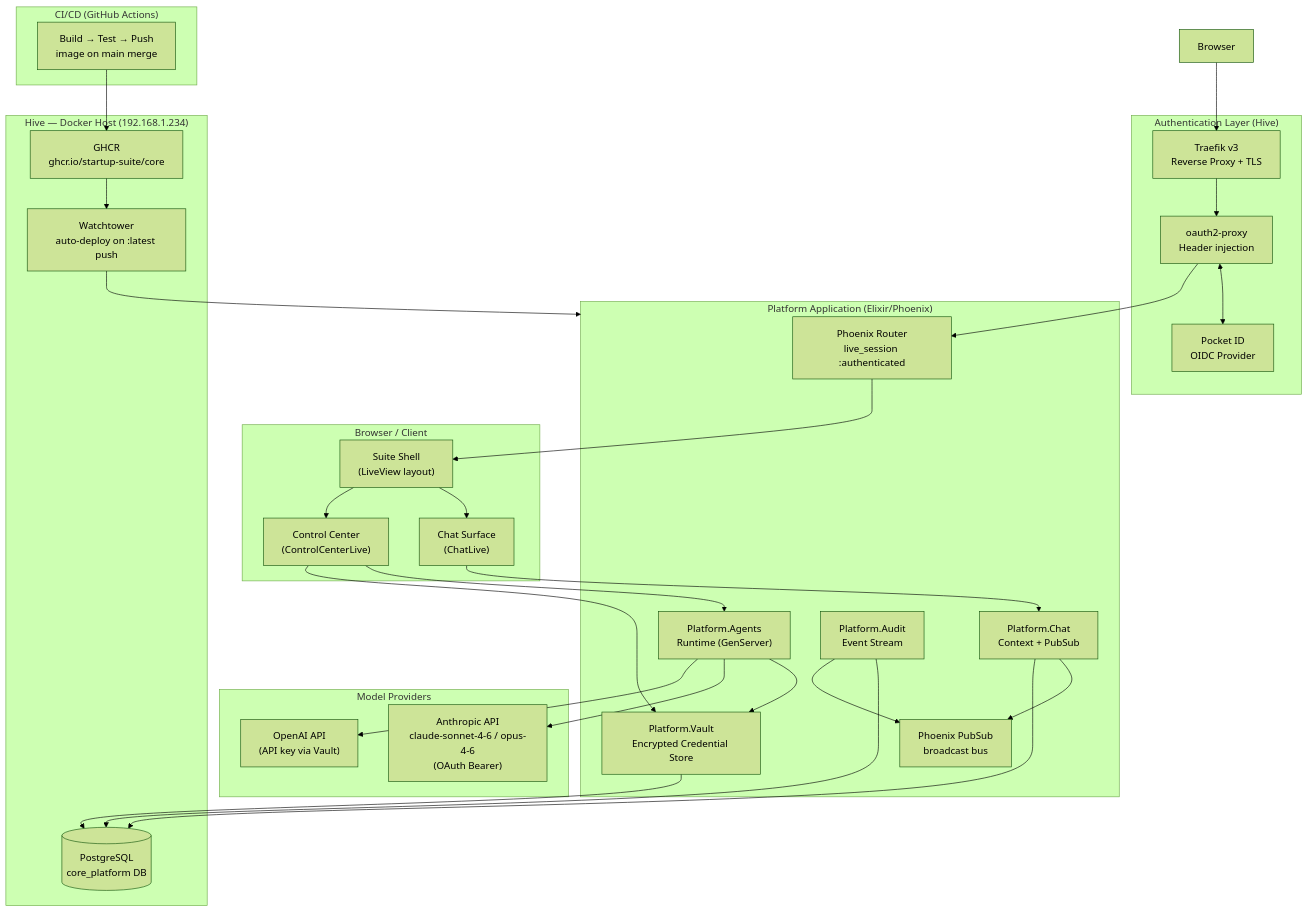
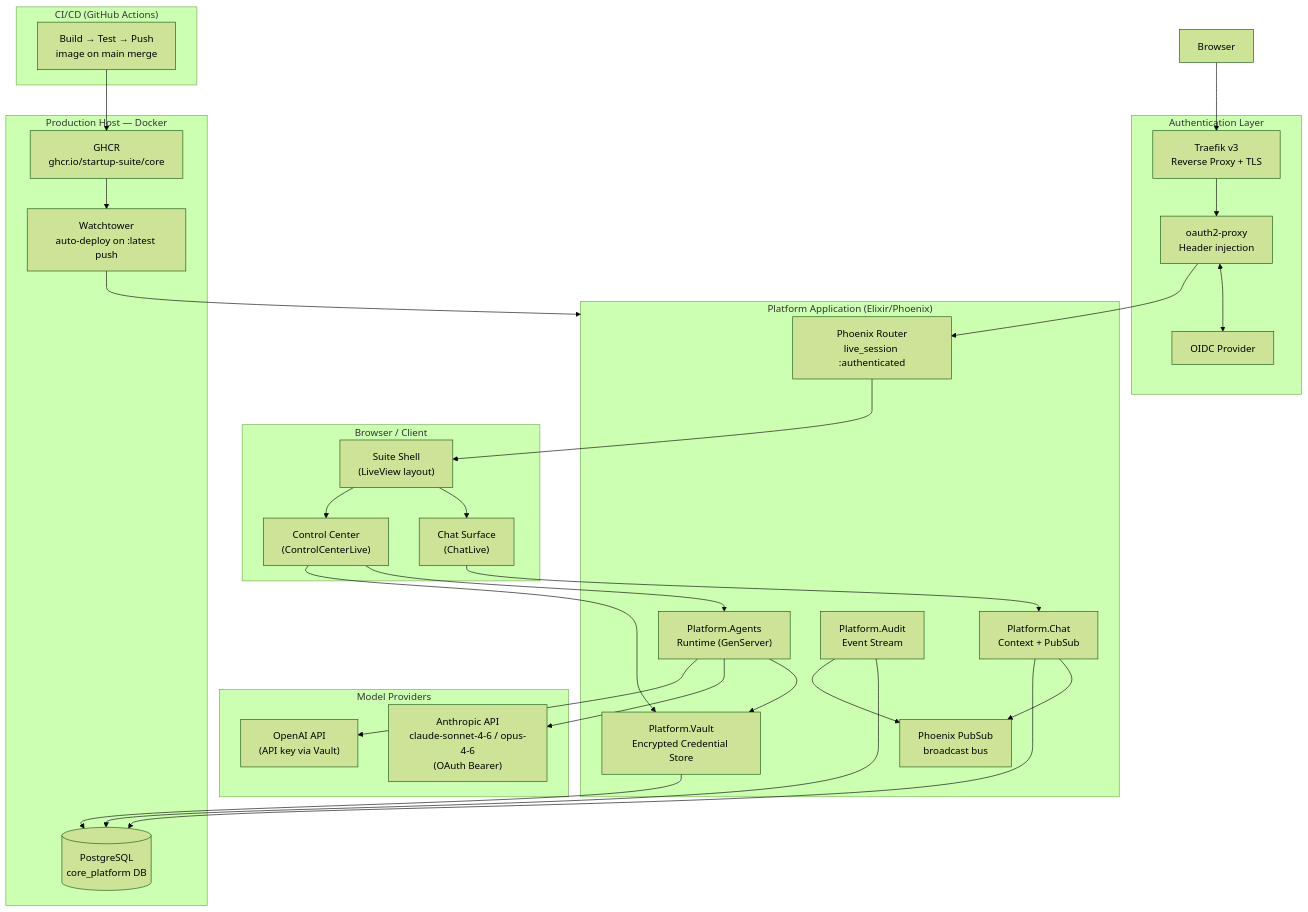
Before and after one commit to Startup-Suite/core: the diagram in docs/architecture/01-system-overview.md, drawn with Mermaid (forest theme). The commit also changed 20 other files, not shown here.

````diff
--- a/docs/architecture/01-system-overview.md
+++ b/docs/architecture/01-system-overview.md
@@ -5,57 +5,57 @@
 ```mermaid
 graph TB
   subgraph Client["Browser / Client"]
     Shell["Suite Shell<br/>(LiveView layout)"]
     Chat["Chat Surface<br/>(ChatLive)"]
     Control["Control Center<br/>(ControlCenterLive)"]
   end
 
-  subgraph Auth["Authentication Layer (Hive)"]
+  subgraph Auth["Authentication Layer"]
     Traefik["Traefik v3<br/>Reverse Proxy + TLS"]
     OAuthProxy["oauth2-proxy<br/>Header injection"]
-    PocketID["Pocket ID<br/>OIDC Provider"]
+    OIDCProvider["OIDC Provider"]
   end
 
   subgraph Platform["Platform Application (Elixir/Phoenix)"]
     Router["Phoenix Router<br/>live_session :authenticated"]
     Vault["Platform.Vault<br/>Encrypted Credential Store"]
     Agents["Platform.Agents<br/>Runtime (GenServer)"]
     ChatCtx["Platform.Chat<br/>Context + PubSub"]
     Audit["Platform.Audit<br/>Event Stream"]
     PubSub["Phoenix PubSub<br/>broadcast bus"]
   end
 
   subgraph Providers["Model Providers"]
     Anthropic["Anthropic API<br/>claude-sonnet-4-6 / opus-4-6<br/>(OAuth Bearer)"]
     OpenAI["OpenAI API<br/>(API key via Vault)"]
   end
 
-  subgraph Hive["Hive — Docker Host (192.168.1.234)"]
+  subgraph Host["Production Host — Docker"]
     Postgres[("PostgreSQL<br/>core_platform DB")]
     Watchtower["Watchtower<br/>auto-deploy on :latest push"]
     GHCR["GHCR<br/>ghcr.io/startup-suite/core"]
   end
 
   subgraph CI["CI/CD (GitHub Actions)"]
     GHActions["Build → Test → Push<br/>image on main merge"]
   end
 
   Browser["Browser"] --> Traefik
   Traefik --> OAuthProxy
-  OAuthProxy <--> PocketID
+  OAuthProxy <--> OIDCProvider
   OAuthProxy --> Router
   Router --> Shell
   Shell --> Chat & Control
   Chat --> ChatCtx
   Control --> Agents & Vault
   ChatCtx --> PubSub
   ChatCtx --> Postgres
   Agents --> Vault
   Agents --> Anthropic & OpenAI
   Vault --> Postgres
   Audit --> Postgres
   Audit --> PubSub
   GHActions --> GHCR
   GHCR --> Watchtower
   Watchtower --> Platform
 ```
````
